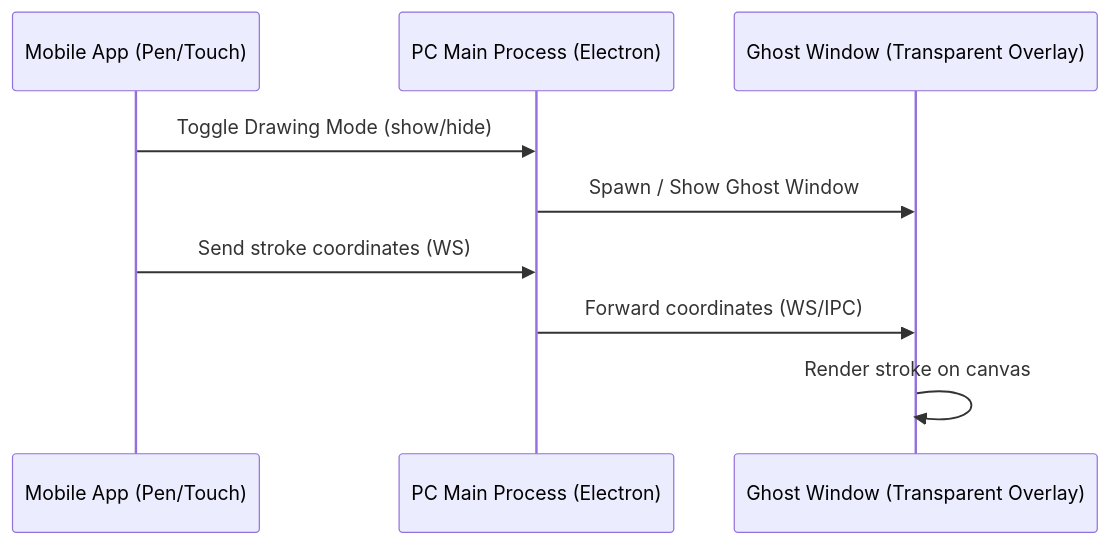
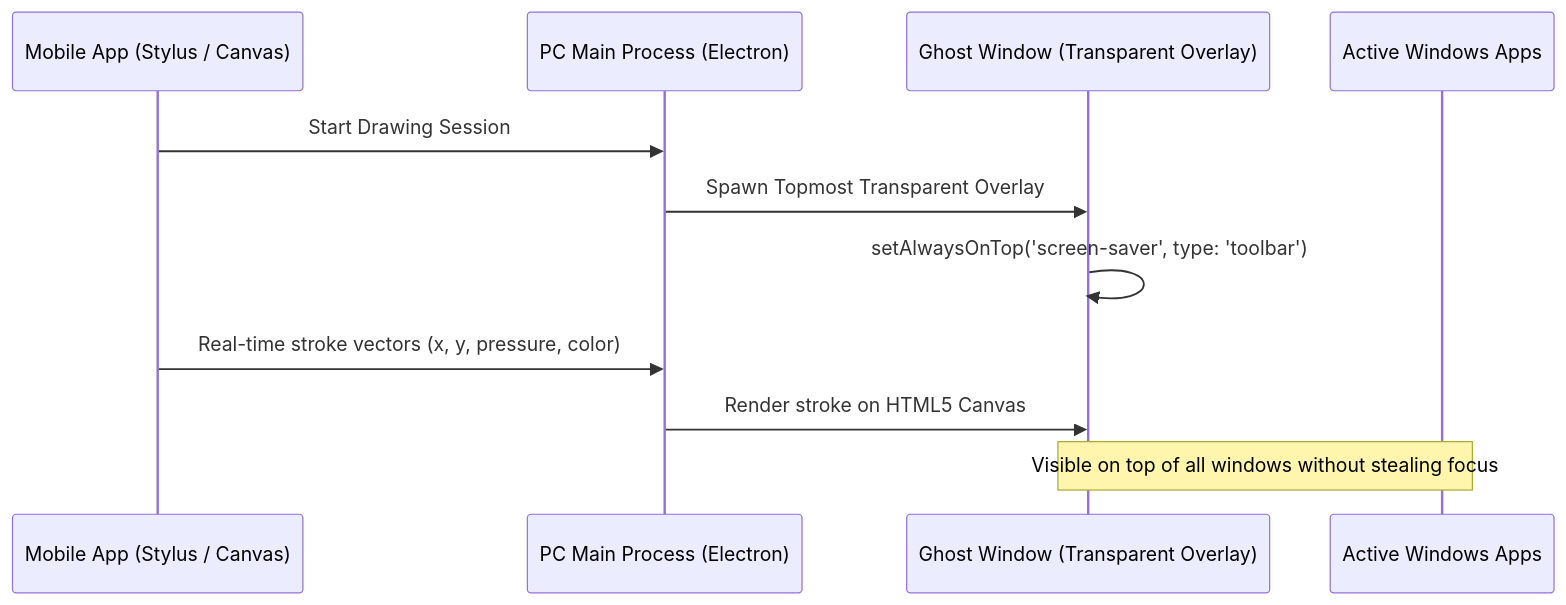
The diagram in docs/drawing_tablet.md (baaghinitesh/Nexora-desktop-release), drawn with Mermaid before and after one commit. The commit also changed other lines of this file and 5 other files, not shown here.

````diff
--- a/docs/drawing_tablet.md
+++ b/docs/drawing_tablet.md
@@ -11,12 +9,14 @@
 ```mermaid
 sequenceDiagram
-    participant Mobile as Mobile App (Pen/Touch)
+    participant Mobile as Mobile App (Stylus / Canvas)
     participant Server as PC Main Process (Electron)
     participant Ghost as Ghost Window (Transparent Overlay)
+    participant Win as Active Windows Apps
 
-    Mobile->>Server: Toggle Drawing Mode (show/hide)
-    Server->>Ghost: Spawn / Show Ghost Window
-    Mobile->>Server: Send stroke coordinates (WS)
-    Server->>Ghost: Forward coordinates (WS/IPC)
-    Ghost->>Ghost: Render stroke on canvas
+    Mobile->>Server: Start Drawing Session
+    Server->>Ghost: Spawn Topmost Transparent Overlay
+    Ghost->>Ghost: setAlwaysOnTop('screen-saver', type: 'toolbar')
+    Mobile->>Server: Real-time stroke vectors (x, y, pressure, color)
+    Server->>Ghost: Render stroke on HTML5 Canvas
+    Note over Ghost,Win: Visible on top of all windows without stealing focus
 ```
````
